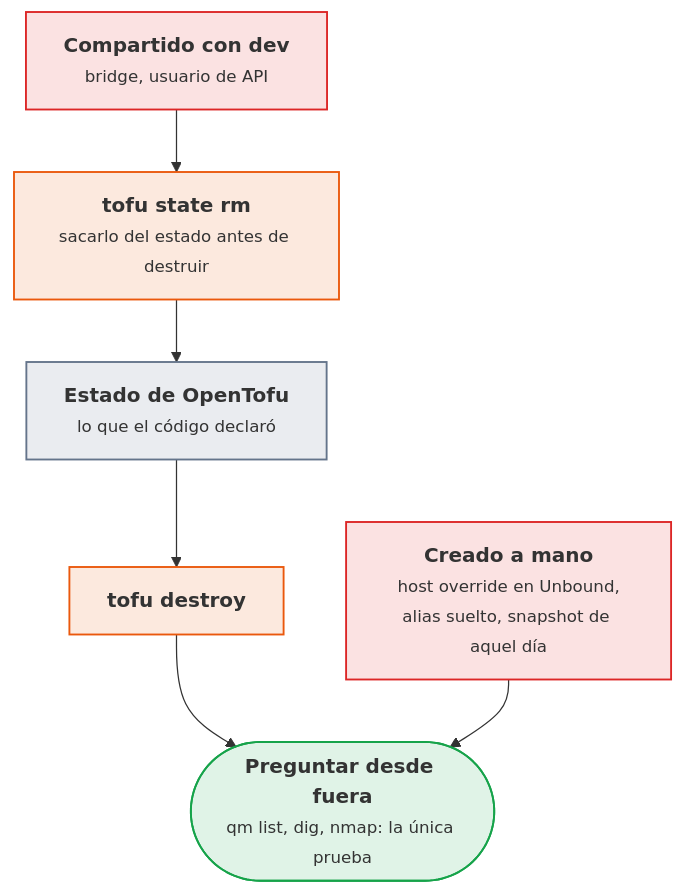
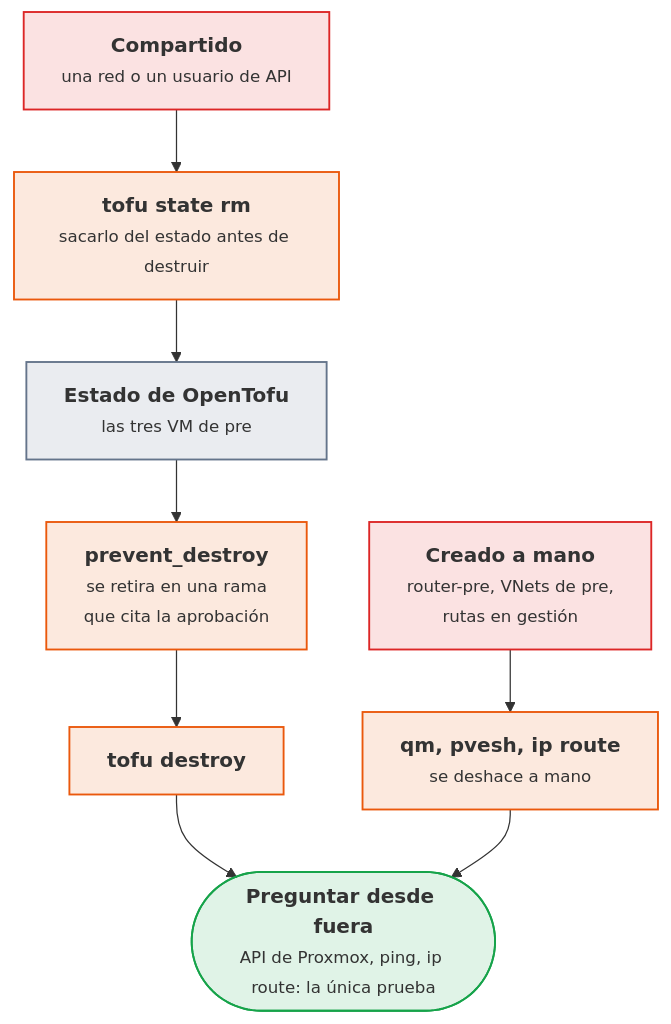
One commit to victor-educ/apuntes-5169 changed the fourth of 5 diagrams in docs/ut/ut8-terminacion-segura.md. Above: the diagram before and after it, drawn with Mermaid. The commit also changed other lines of this file and 17 other files, not shown here.

````diff
--- a/docs/ut/ut8-terminacion-segura.md
+++ b/docs/ut/ut8-terminacion-segura.md
@@ -465,18 +489,20 @@
 ```mermaid
 flowchart TB
-    E["<b>Estado de OpenTofu</b><br><small>lo que el código declaró</small>"]:::pieza
+    E["<b>Estado de OpenTofu</b><br><small>las tres VM de pre</small>"]:::pieza
+    PD["<b>prevent_destroy</b><br><small>se retira en una rama<br>que cita la aprobación</small>"]:::act
     D["<b>tofu destroy</b>"]:::act
-    M["<b>Creado a mano</b><br><small>host override en Unbound,<br>alias suelto, snapshot de aquel día</small>"]:::riesgo
-    C["<b>Compartido con dev</b><br><small>bridge, usuario de API</small>"]:::riesgo
+    M["<b>Creado a mano</b><br><small>router-pre, VNets de pre,<br>rutas en gestión</small>"]:::riesgo
+    Q["<b>qm, pvesh, ip route</b><br><small>se deshace a mano</small>"]:::act
+    C["<b>Compartido</b><br><small>una red o un usuario de API</small>"]:::riesgo
     R["<b>tofu state rm</b><br><small>sacarlo del estado antes de destruir</small>"]:::act
-    V(["<b>Preguntar desde fuera</b><br><small>qm list, dig, nmap: la única prueba</small>"]):::ok
-    E --> D --> V
-    M --> V
+    V(["<b>Preguntar desde fuera</b><br><small>API de Proxmox, ping, ip route: la única prueba</small>"]):::ok
+    E --> PD --> D --> V
+    M --> Q --> V
     C --> R --> E
     classDef act fill:#ea580c22,stroke:#ea580c,stroke-width:1.5px
     classDef pieza fill:#64748b22,stroke:#64748b,stroke-width:1.5px
     classDef dato fill:#2563eb22,stroke:#2563eb,stroke-width:1.5px
     classDef infra fill:#a1a1aa14,stroke:#a1a1aa,stroke-width:1.5px
     classDef ok fill:#16a34a22,stroke:#16a34a,stroke-width:1.5px
     classDef riesgo fill:#dc262622,stroke:#dc2626,stroke-width:1.5px
 ```
````
